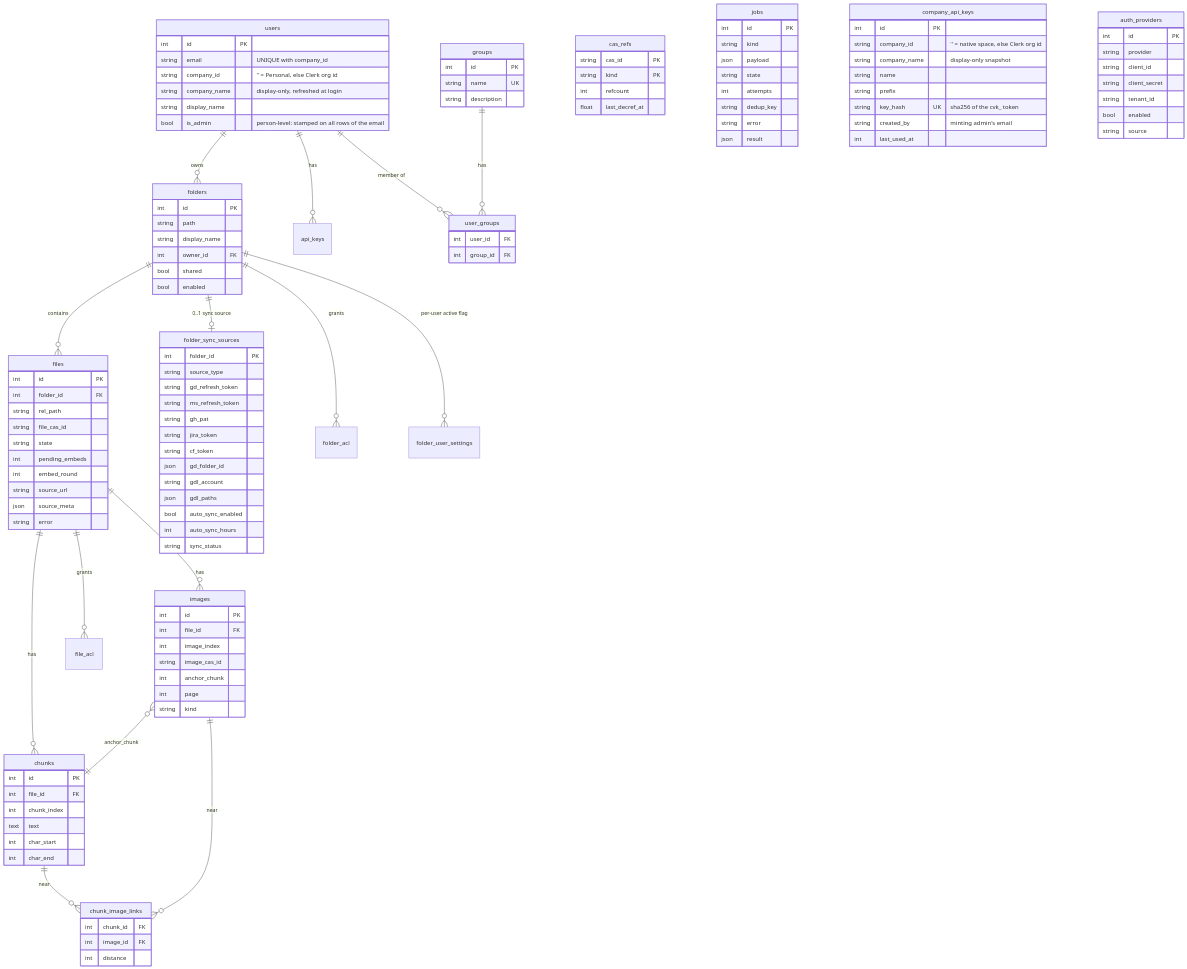
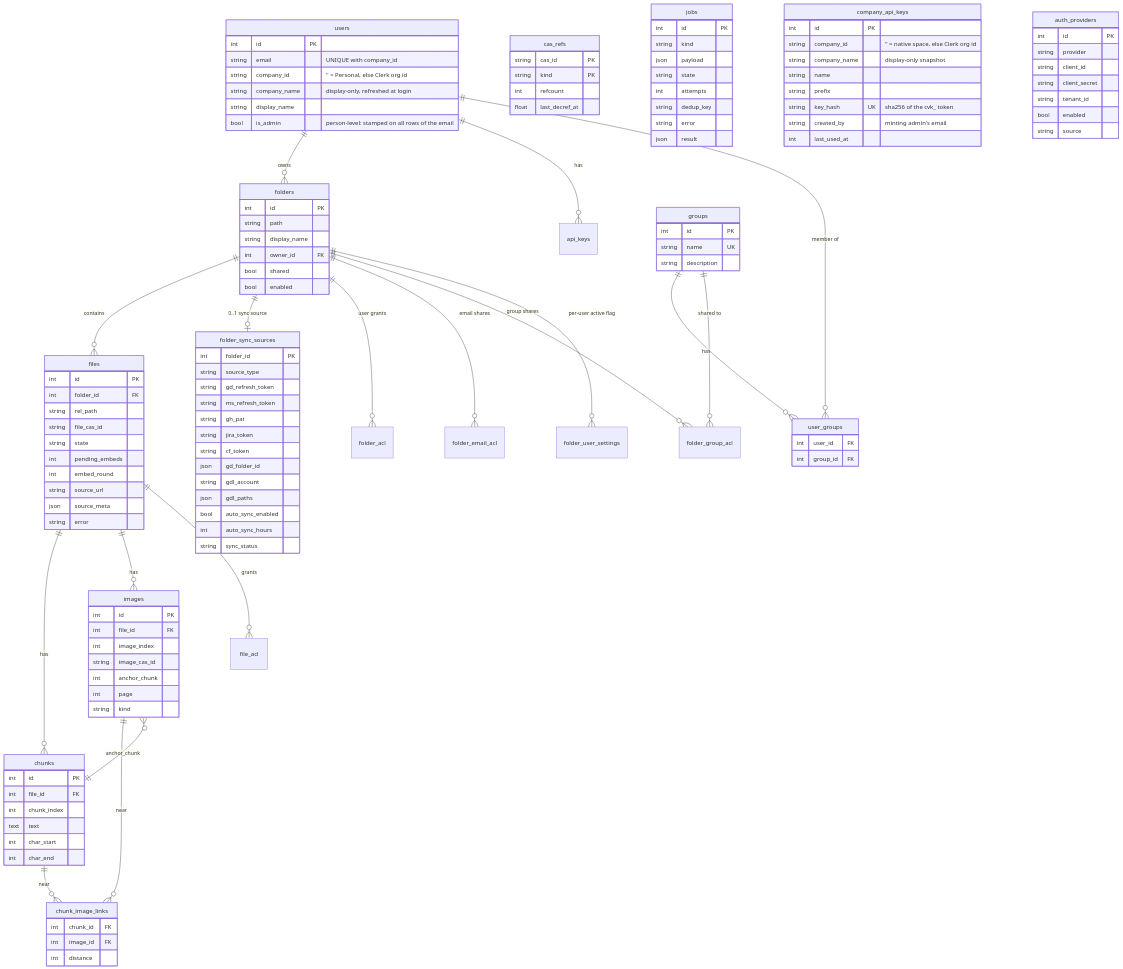
One commit to voitta-ai/voitta-rag-enterprise changed diagram 19 of 21 in docs/OPERATIONS.md. Above: the diagram before and after it, drawn with Mermaid. The commit also changed other lines of this file and 5 other files, not shown here.

```diff
--- a/docs/OPERATIONS.md
+++ b/docs/OPERATIONS.md
@@ -1388,7 +1468,10 @@
     groups ||--o{ user_groups : has
     folders ||--o{ files : contains
     folders ||--o| folder_sync_sources : "0..1 sync source"
-    folders ||--o{ folder_acl : grants
+    folders ||--o{ folder_acl : "user grants"
+    folders ||--o{ folder_email_acl : "email shares"
+    folders ||--o{ folder_group_acl : "group shares"
+    groups ||--o{ folder_group_acl : "shared to"
     folders ||--o{ folder_user_settings : "per-user active flag"
     files ||--o{ chunks : has
     files ||--o{ images : has
```
